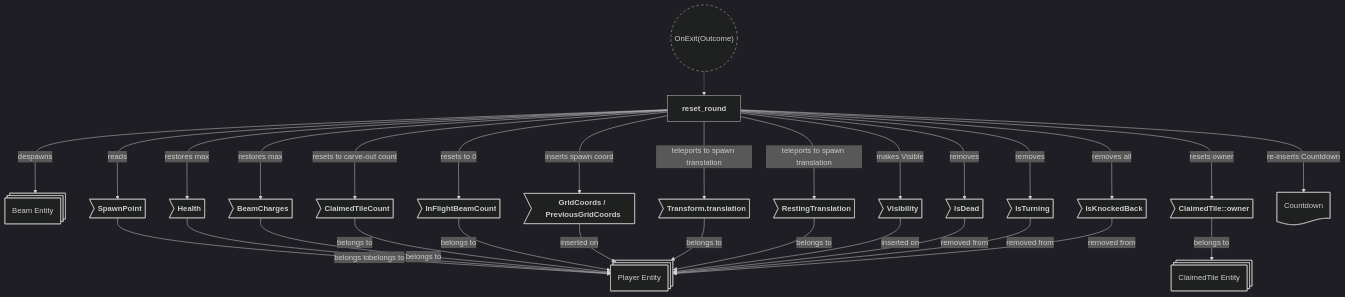
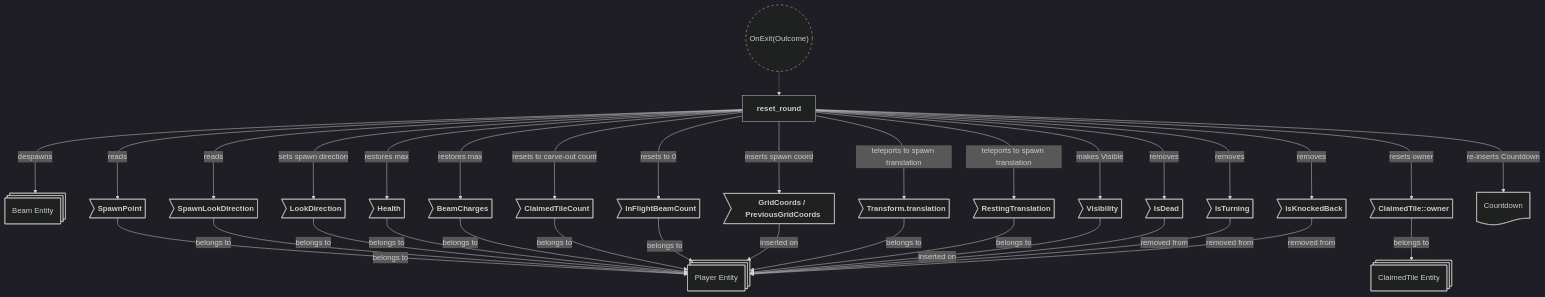
Before and after one commit to neurosoup/tyled: diagram 11 of 11 in backlog/docs/doc-15 - 013-Round-plugin.md, drawn with Mermaid. The commit also changed other lines of this file and 1 other file, not shown here.

Commit message:
Docs: update doc-15 round plugin to code; merge in-flight query in resolve_charge_exhaustion

````diff
--- a/backlog/docs/doc-15 - 013-Round-plugin.md
+++ b/backlog/docs/doc-15 - 013-Round-plugin.md
@@ -406,50 +435,54 @@
 ```mermaid
 ---
 config:
   theme: dark
 ---
 
 flowchart TD
 classDef system-group stroke-dasharray: 5 5
 
 state_transition(("`OnExit(Outcome)`")):::system-group
 reset_round["`**reset_round**`"]
 
 state_transition -.-> reset_round
 
 player_entity@{ shape: st-rect, label: "Player Entity" }
 tile_entity@{ shape: st-rect, label: "ClaimedTile Entity" }
 beam_entity@{ shape: st-rect, label: "Beam Entity" }
 
 pe_spawn>"`**SpawnPoint**`"] --> |belongs to| player_entity
+pe_spawn_look>"`**SpawnLookDirection**`"] --> |belongs to| player_entity
+pe_look>"`**LookDirection**`"] --> |belongs to| player_entity
 pe_health>"`**Health**`"] --> |belongs to| player_entity
 pe_charges>"`**BeamCharges**`"] --> |belongs to| player_entity
 pe_count>"`**ClaimedTileCount**`"] --> |belongs to| player_entity
 pe_in_flight>"`**InFlightBeamCount**`"] --> |belongs to| player_entity
 pe_coords>"`**GridCoords / PreviousGridCoords**`"] --> |inserted on| player_entity
 pe_transform>"`**Transform.translation**`"] --> |belongs to| player_entity
 pe_resting>"`**RestingTranslation**`"] --> |belongs to| player_entity
 pe_vis>"`**Visibility**`"] --> |inserted on| player_entity
 pe_dead>"`**IsDead**`"] --> |removed from| player_entity
 pe_turning>"`**IsTurning**`"] --> |removed from| player_entity
 pe_effect_state>"`**IsKnockedBack**`"] --> |removed from| player_entity
 te_owner>"`**ClaimedTile::owner**`"] --> |belongs to| tile_entity
 
 reset_round ---> |reads| pe_spawn
+reset_round ---> |reads| pe_spawn_look
+reset_round ---> |sets spawn direction| pe_look
 reset_round ---> |restores max| pe_health
 reset_round ---> |restores max| pe_charges
 reset_round ---> |resets to carve-out count| pe_count
 reset_round ---> |resets to 0| pe_in_flight
 reset_round ---> |inserts spawn coord| pe_coords
 reset_round ---> |"teleports to spawn translation"| pe_transform
 reset_round ---> |"teleports to spawn translation"| pe_resting
 reset_round ---> |makes Visible| pe_vis
 reset_round ---> |removes| pe_dead
 reset_round ---> |removes| pe_turning
-reset_round ---> |removes all| pe_effect_state
+reset_round ---> |removes| pe_effect_state
 reset_round ---> |resets owner| te_owner
 reset_round ---> |despawns| beam_entity
 reset_round ---> |re-inserts Countdown| world_res
 
 world_res@{ shape: doc, label: "Countdown" }
 ```
````
